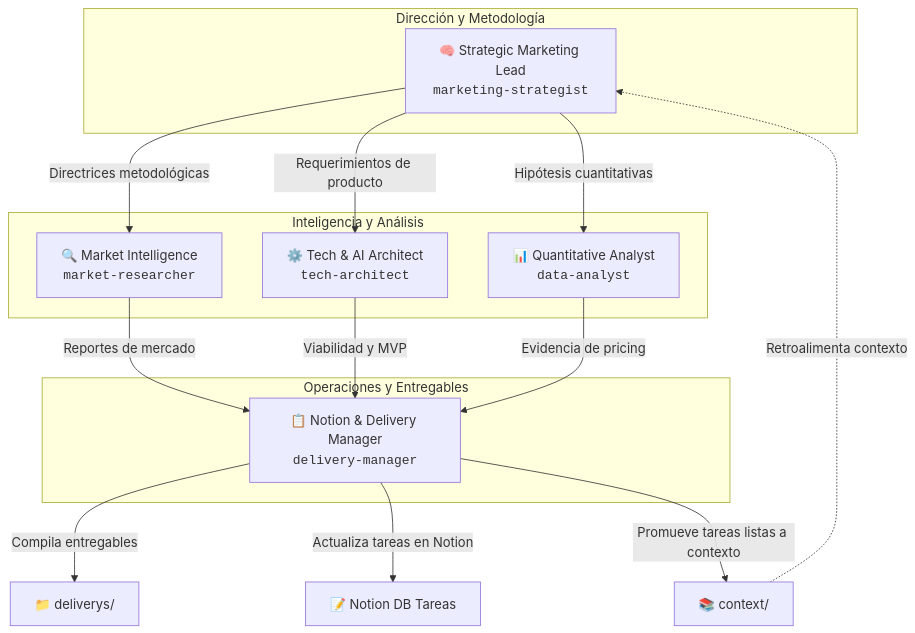
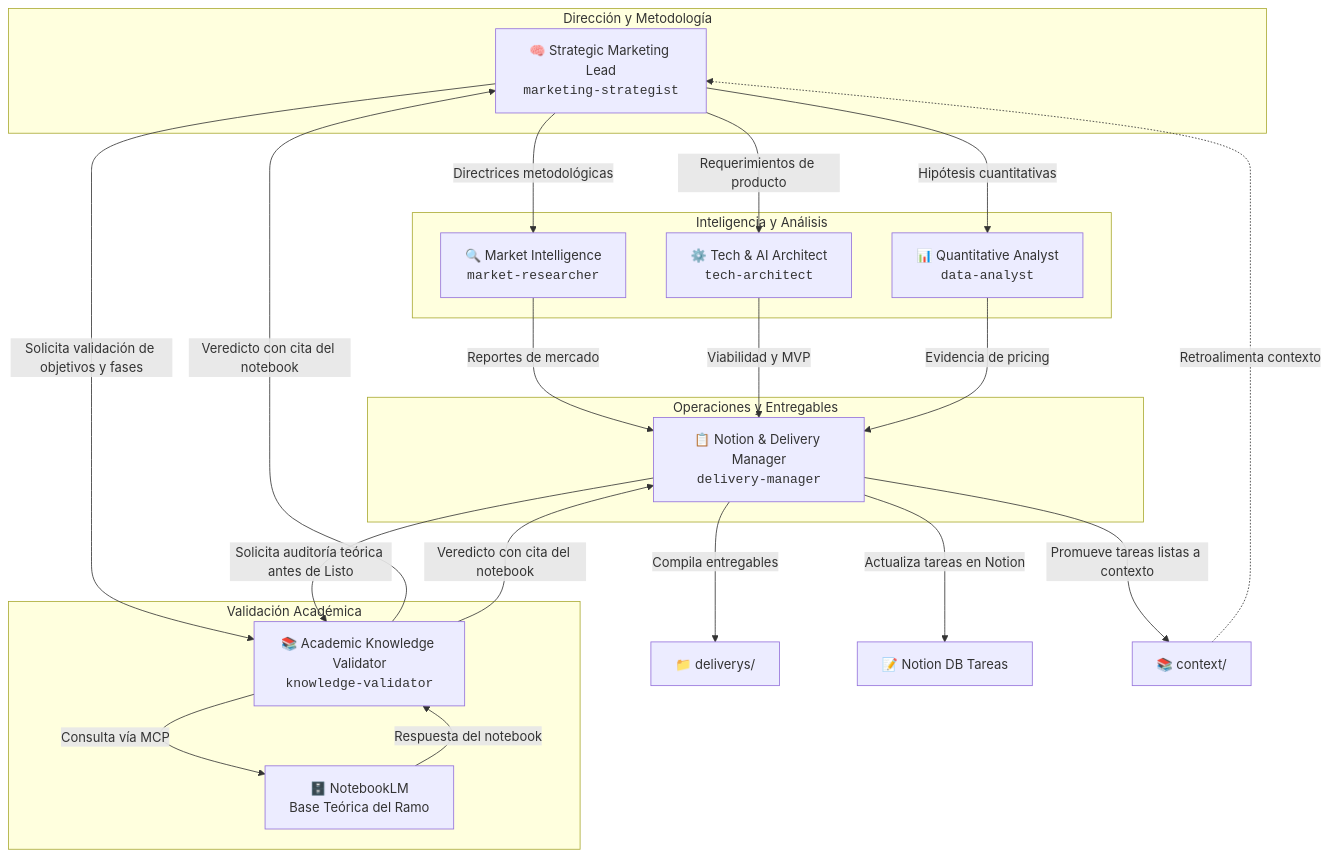
Before and after one commit to VichoRamirez/sm: the diagram in AGENTS.md, drawn with Mermaid. The commit also changed other lines of this file and 4 other files, not shown here.

````diff
--- a/AGENTS.md
+++ b/AGENTS.md
@@ -11,29 +11,41 @@
 ```mermaid
 flowchart TD
     subgraph Dirección y Metodología
         MS["🧠 Strategic Marketing Lead<br><code>marketing-strategist</code>"]
     end
 
     subgraph Inteligencia y Análisis
         MR["🔍 Market Intelligence<br><code>market-researcher</code>"]
         TA["⚙️ Tech & AI Architect<br><code>tech-architect</code>"]
         DA["📊 Quantitative Analyst<br><code>data-analyst</code>"]
     end
 
     subgraph Operaciones y Entregables
         DM["📋 Notion & Delivery Manager<br><code>delivery-manager</code>"]
     end
 
+    subgraph Validación Académica
+        KV["📚 Academic Knowledge Validator<br><code>knowledge-validator</code>"]
+        NLM["🗄️ NotebookLM<br>Base Teórica del Ramo"]
+    end
+
     MS -->|Directrices metodológicas| MR
     MS -->|Requerimientos de producto| TA
     MS -->|Hipótesis cuantitativas| DA
 
     MR -->|Reportes de mercado| DM
     TA -->|Viabilidad y MVP| DM
     DA -->|Evidencia de pricing| DM
 
     DM -->|Compila entregables| Entregables["📁 deliverys/"]
     DM -->|Actualiza tareas en Notion| Notion["📝 Notion DB Tareas"]
     DM -->|Promueve tareas listas a contexto| Context["📚 context/"]
     Context -.->|Retroalimenta contexto| MS
+
+    MS -->|Solicita validación de objetivos y fases| KV
+    DM -->|Solicita auditoría teórica antes de Listo| KV
+    KV -->|Consulta vía MCP| NLM
+    NLM -->|Respuesta del notebook| KV
+    KV -->|Veredicto con cita del notebook| MS
+    KV -->|Veredicto con cita del notebook| DM
 ```
````
